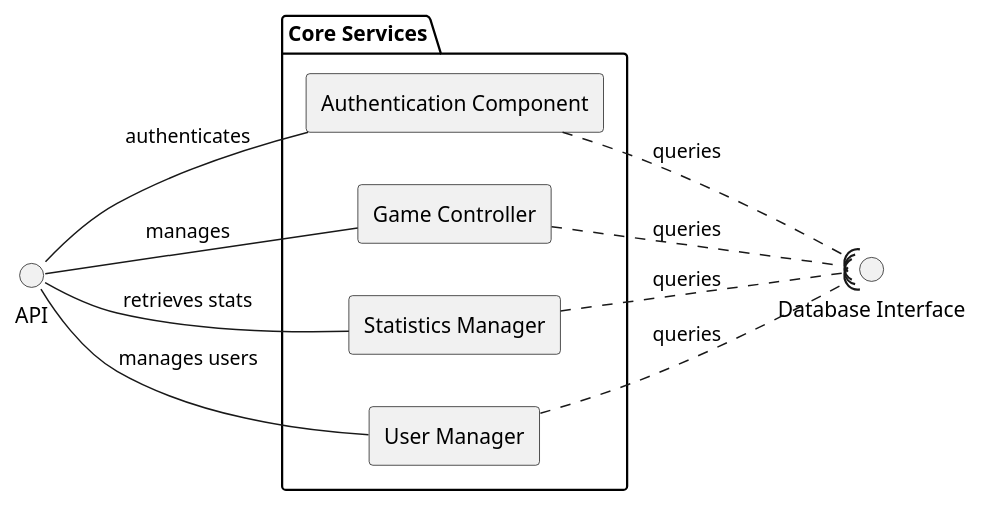
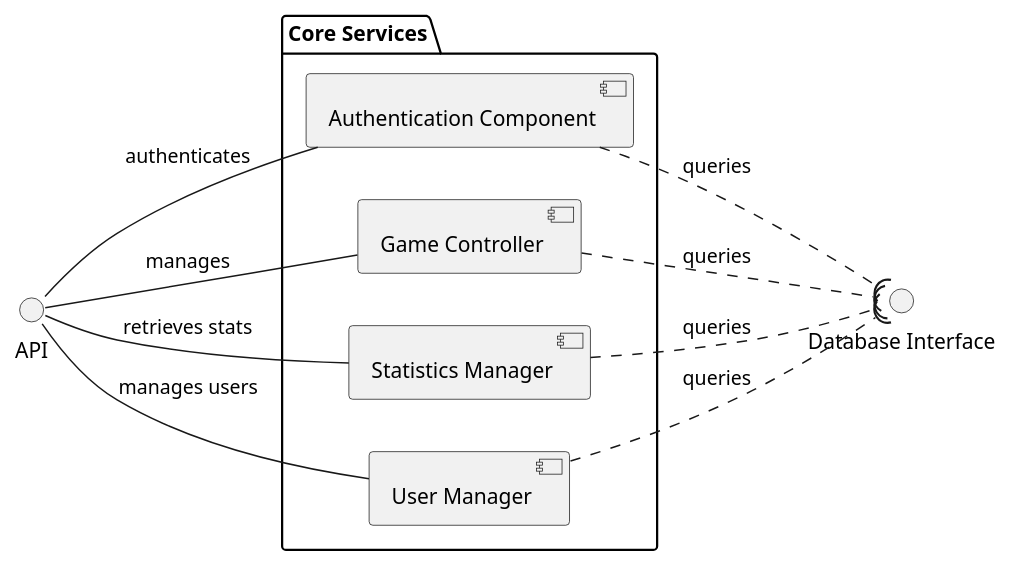
The diagram in Diagrams/components/DB_services_component_diagram.puml (Cryptic5/itsSoOverlief), drawn with PlantUML before and after one commit. The commit also changed 13 other files, not shown here.

Commit message:
renamed diagrams, removed component skinparam

```diff
--- a/Diagrams/components/DB_services_component_diagram.puml
+++ b/Diagrams/components/DB_services_component_diagram.puml
@@ -1,39 +1,39 @@
-@startuml DB and Services Component Diagram
+@startuml db_and_services_component_diagram
 left to right direction
-skinparam componentStyle rectangle
+
 package "Core Services" {
   [Authentication Component] as Auth
   [Game Controller] as GameCtrl
   [Statistics Manager] as StatsMgr
   [User Manager] as UserMgr
 }
 
 
 
 interface "Database Interface" as DBIF
 
 ' Relationships
 
 
 API -- Auth : authenticates
 API -- GameCtrl : manages
 API -- StatsMgr : retrieves stats
 API -- UserMgr : manages users
 
 
 Auth ..( DBIF : queries
 
 
 GameCtrl ..( DBIF : queries
 
 StatsMgr ..( DBIF : queries
 
 UserMgr ..( DBIF : queries
 
 
 
 
 ' Additional relationships
 
 
 @enduml
```
